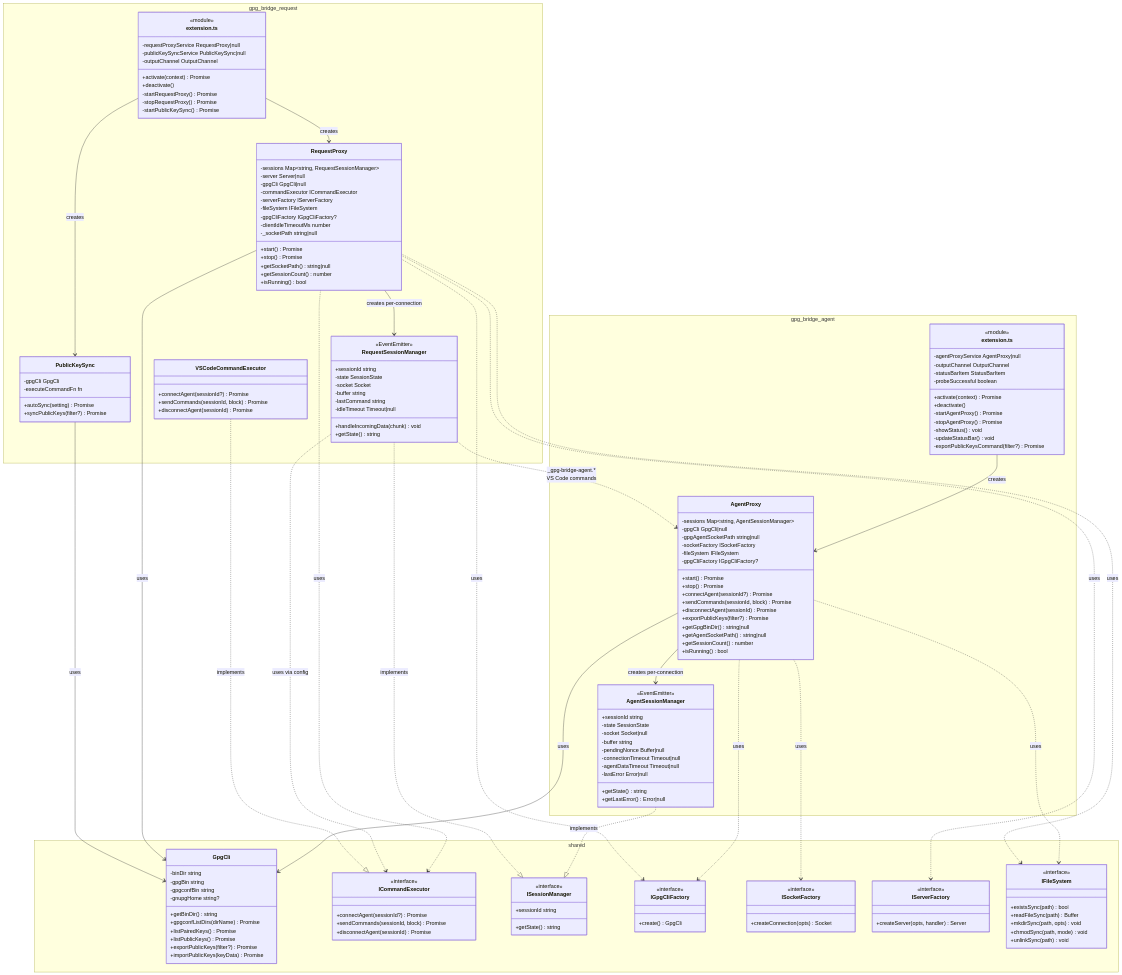
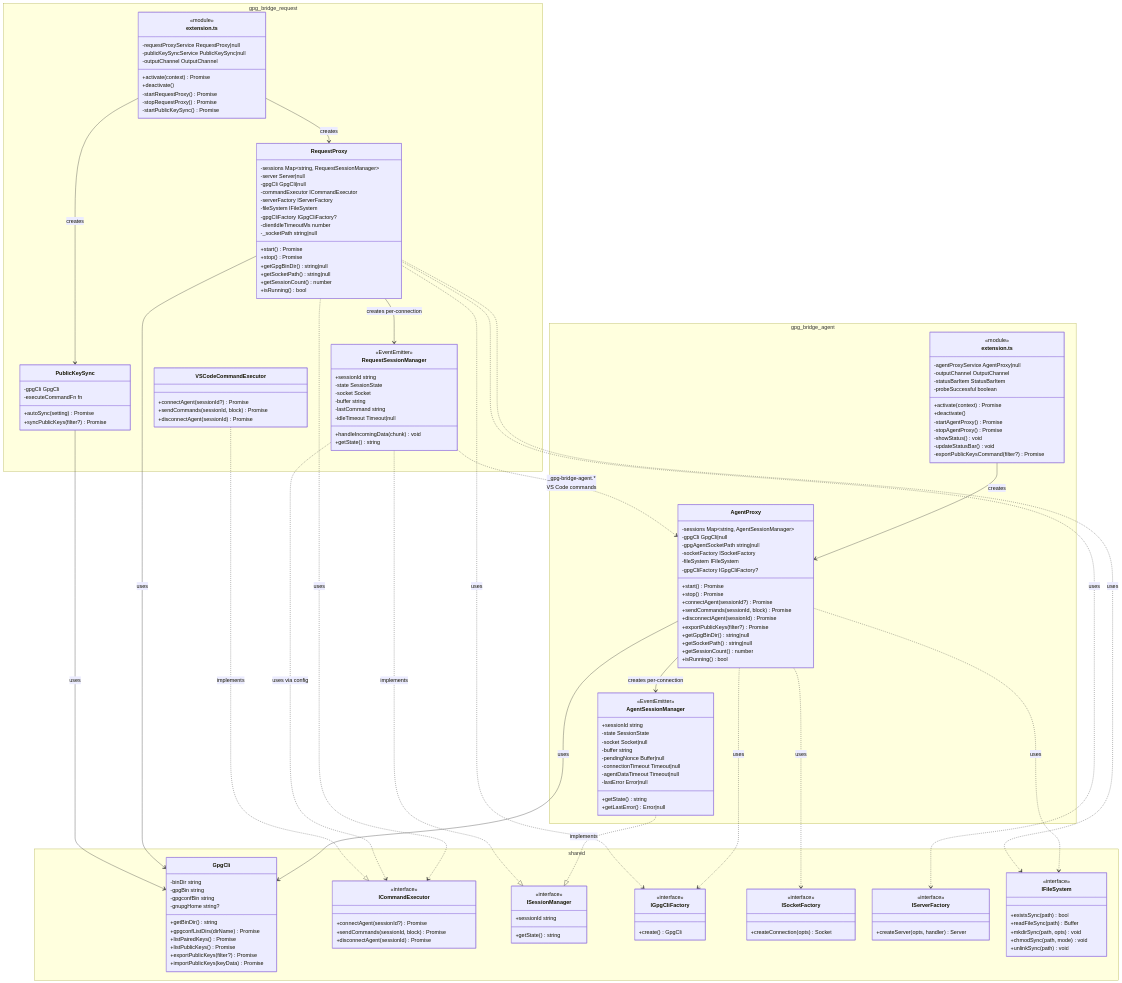
One commit to diablodale/gpg-bridge changed the diagram in docs/class-diagram.md. Above: the diagram before and after it, drawn with Mermaid. The commit also changed 4 other files, not shown here.

Commit message:
refactor(agent): rename getAgentSocketPath to getSocketPath for clarity

```diff
--- a/docs/class-diagram.md
+++ b/docs/class-diagram.md
@@ -32,7 +32,7 @@
             +disconnectAgent(sessionId) Promise
             +exportPublicKeys(filter?) Promise
             +getGpgBinDir() string|null
-            +getAgentSocketPath() string|null
+            +getSocketPath() string|null
             +getSessionCount() number
             +isRunning() bool
         }
@@ -77,6 +77,7 @@
             -_socketPath string|null
             +start() Promise
             +stop() Promise
+            +getGpgBinDir() string|null
             +getSocketPath() string|null
             +getSessionCount() number
             +isRunning() bool
```
